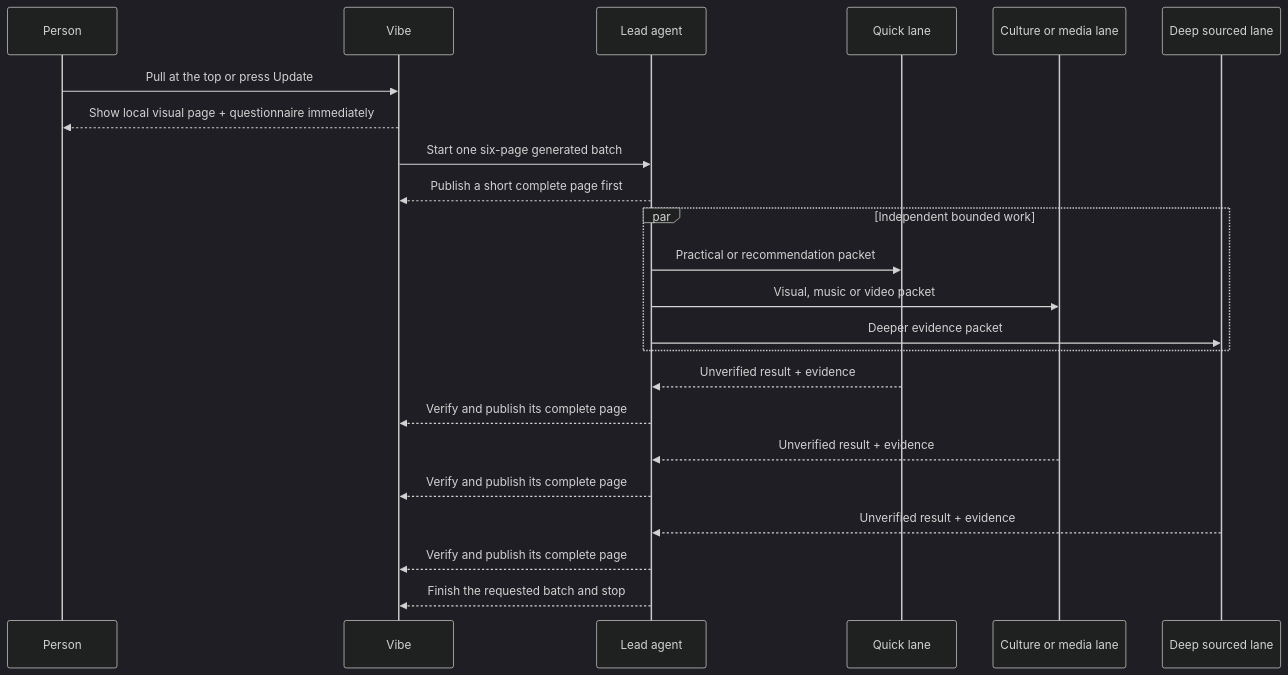
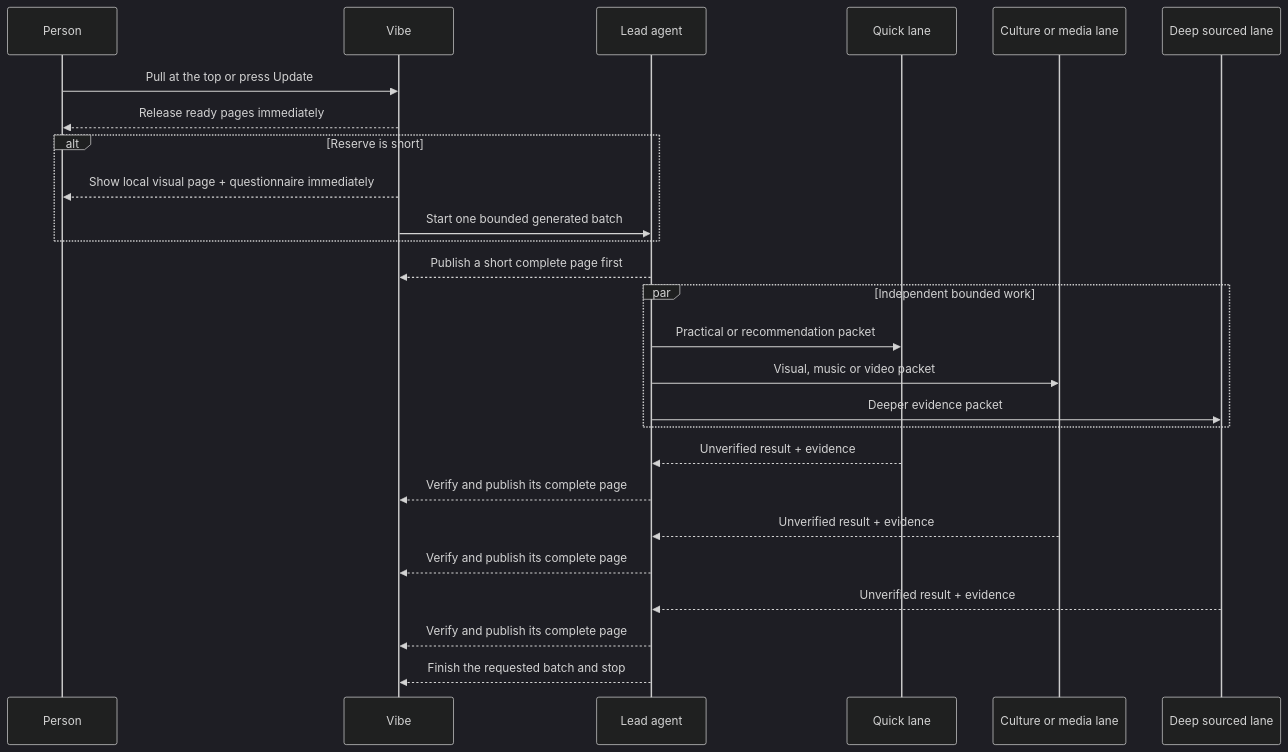
One commit to N9-Developer-Empowerment/DSH-Vibeify changed the third of 3 diagrams in docs/HOW_IT_WORKS.md. Above: the diagram before and after it, drawn with Mermaid (dark theme). The commit also changed other lines of this file and 40 other files, not shown here.

Commit message:
Add hybrid public radar and local editorial reserve

````diff
--- a/docs/HOW_IT_WORKS.md
+++ b/docs/HOW_IT_WORKS.md
@@ -79,26 +95,29 @@
 ```mermaid
 sequenceDiagram
     participant P as Person
     participant V as Vibe
     participant L as Lead agent
     participant Q as Quick lane
     participant M as Culture or media lane
     participant R as Deep sourced lane
 
     P->>V: Pull at the top or press Update
-    V-->>P: Show local visual page + questionnaire immediately
-    V->>L: Start one six-page generated batch
+    V-->>P: Release ready pages immediately
+    alt Reserve is short
+        V-->>P: Show local visual page + questionnaire immediately
+        V->>L: Start one bounded generated batch
+    end
     L-->>V: Publish a short complete page first
     par Independent bounded work
         L->>Q: Practical or recommendation packet
         L->>M: Visual, music or video packet
         L->>R: Deeper evidence packet
     end
     Q-->>L: Unverified result + evidence
     L-->>V: Verify and publish its complete page
     M-->>L: Unverified result + evidence
     L-->>V: Verify and publish its complete page
     R-->>L: Unverified result + evidence
     L-->>V: Verify and publish its complete page
     L-->>V: Finish the requested batch and stop
 ```
````
